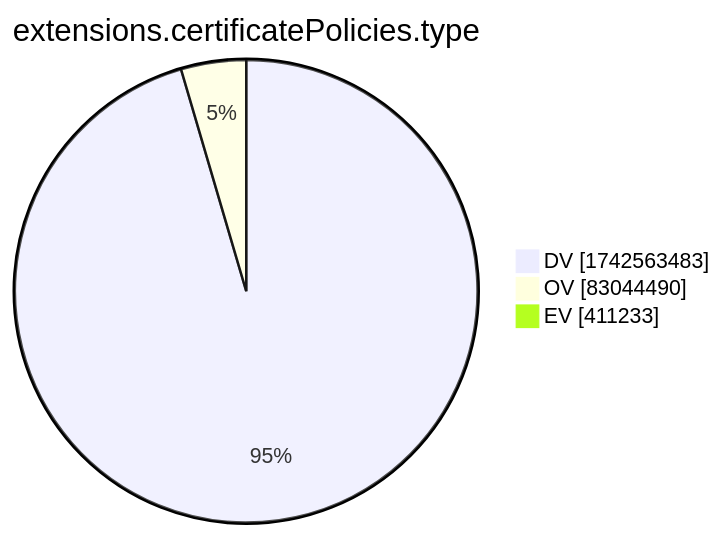
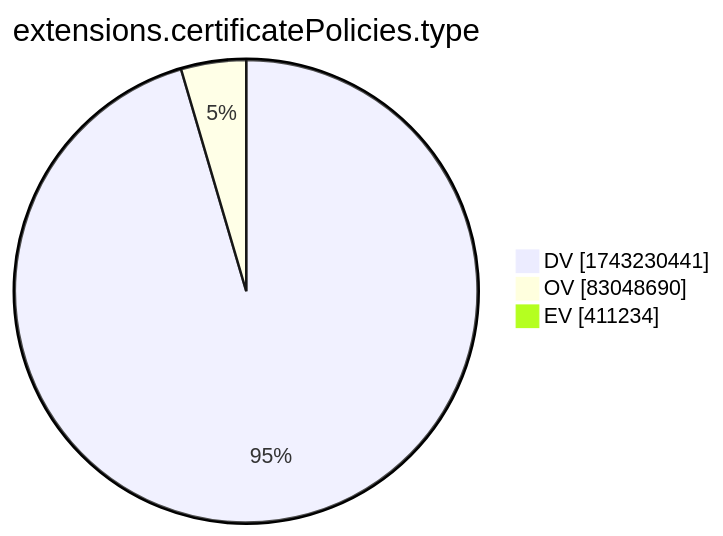
Before and after one commit to christiankrug/ctmonitor_visualization: the tenth of 15 diagrams in xenon2022/README.md, drawn with Mermaid. The commit also changed other lines of this file, not shown here.

````diff
--- a/xenon2022/README.md
+++ b/xenon2022/README.md
@@ -2881,7 +2881,7 @@
 ```mermaid
 pie showData
 title extensions.certificatePolicies.type
-"DV" :1742563483
-"OV" :83044490
-"EV" :411233
+"DV" :1743230441
+"OV" :83048690
+"EV" :411234
 ```
````
